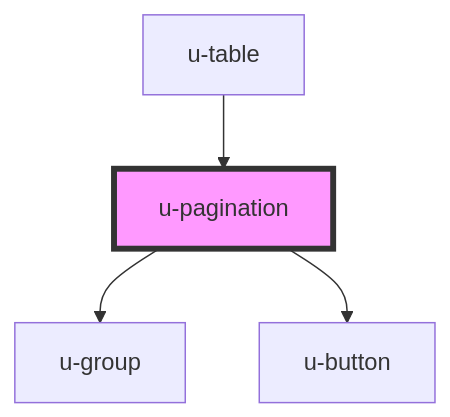
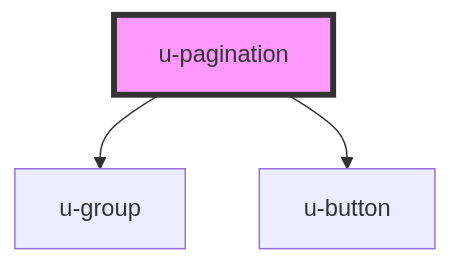
The diagram in src/components/u-pagination/readme.md (theUrbans/uniform), drawn with Mermaid before and after one commit. The commit also changed other lines of this file and 21 other files, not shown here.

````diff
--- a/src/components/u-pagination/readme.md
+++ b/src/components/u-pagination/readme.md
@@ -50,7 +46,6 @@
 ```mermaid
 graph TD;
   u-pagination --> u-group
   u-pagination --> u-button
-  u-table --> u-pagination
   style u-pagination fill:#f9f,stroke:#333,stroke-width:4px
 ```
````
